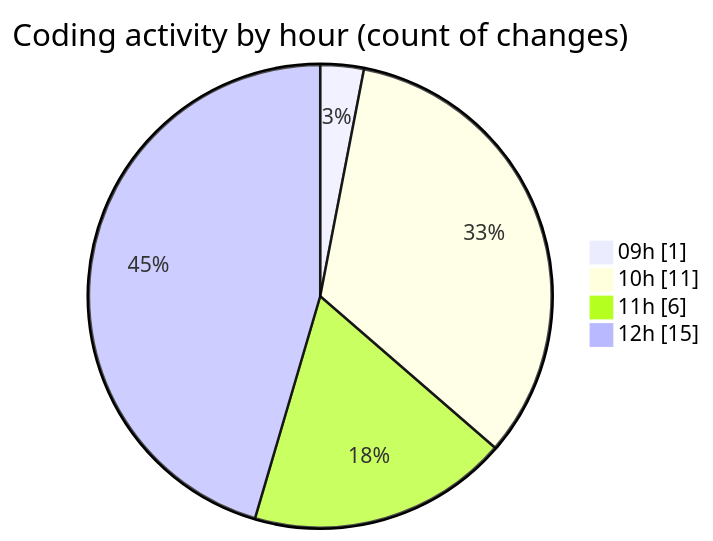
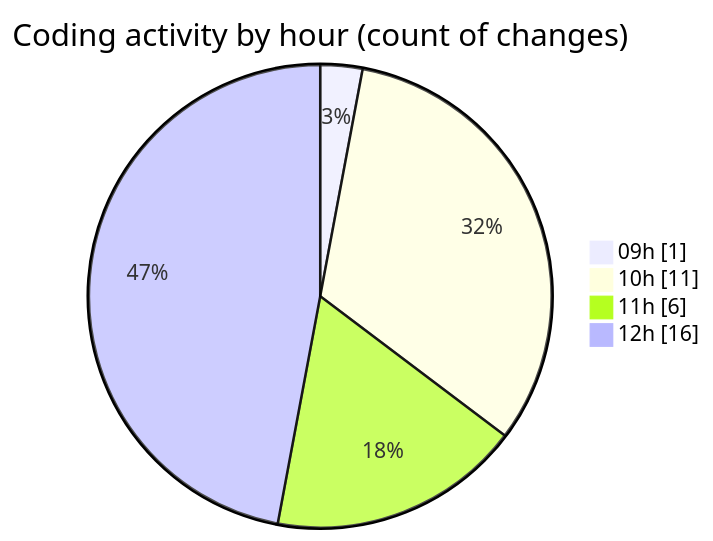
One commit to momahboobian/code-tracking changed the second of 2 diagrams in 2026-09-28/cda/README.md. Above: the diagram before and after it, drawn with Mermaid. The commit also changed other lines of this file and 1 other file, not shown here.

````diff
--- a/2026-09-28/cda/README.md
+++ b/2026-09-28/cda/README.md
@@ -43,8 +44,8 @@
 ```mermaid
 pie showData
 title Coding activity by hour (count of changes)
 "09h" : 1
 "10h" : 11
 "11h" : 6
-"12h" : 15
+"12h" : 16
 ```
````
